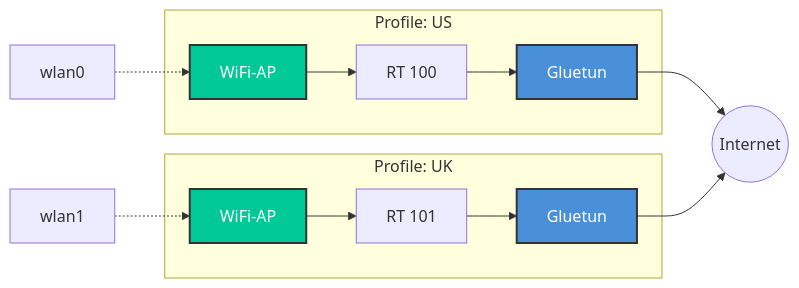
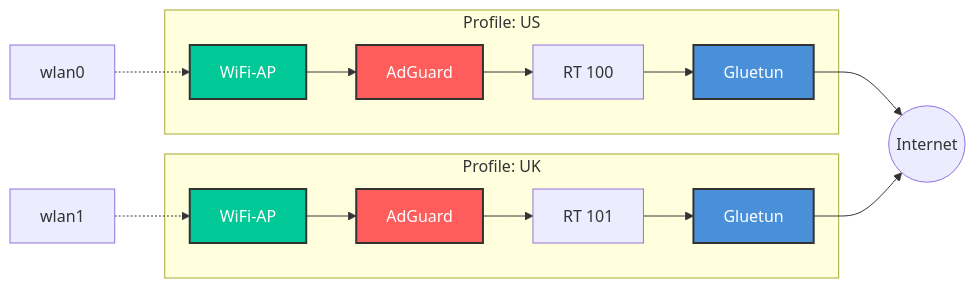
Before and after one commit to virajt71/nordvpn_ap: the second of 2 diagrams in README.md, drawn with Mermaid. The commit also changed other lines of this file and 4 other files, not shown here.

````diff
--- a/README.md
+++ b/README.md
@@ -59,21 +59,23 @@
 ```mermaid
 graph LR
     subgraph "Profile: US"
-        AP1[WiFi-AP] --> RT1[RT 100] --> GT1[Gluetun]
+        AP1[WiFi-AP] --> AGH1[AdGuard] --> RT1[RT 100] --> GT1[Gluetun]
     end
 
     subgraph "Profile: UK"
-        AP2[WiFi-AP] --> RT2[RT 101] --> GT2[Gluetun]
+        AP2[WiFi-AP] --> AGH2[AdGuard] --> RT2[RT 101] --> GT2[Gluetun]
     end
 
     W1[wlan0] -.-> AP1
     W2[wlan1] -.-> AP2
 
     GT1 --> I((Internet))
     GT2 --> I
 
     classDef vpnStyle fill:#4a90d9,stroke:#333,stroke-width:2px,color:#fff;
     classDef apStyle fill:#00c896,stroke:#333,stroke-width:2px,color:#fff;
+    classDef aghStyle fill:#ff5c5c,stroke:#333,stroke-width:2px,color:#fff;
     class GT1,GT2 vpnStyle;
     class AP1,AP2 apStyle;
+    class AGH1,AGH2 aghStyle;
 ```
````
